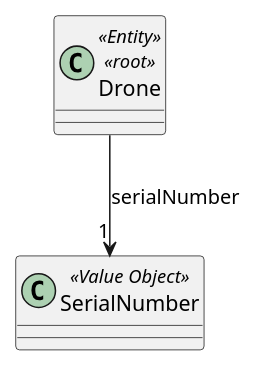
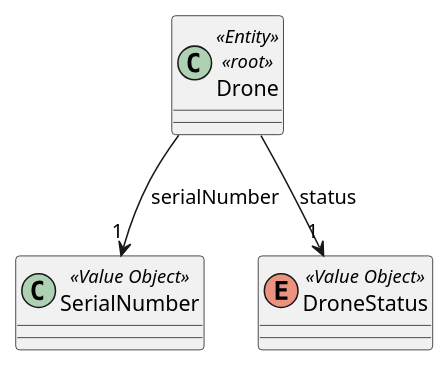
Before and after one commit to diogoveirospro/sem4pi-2024-2025-sem4pi_2024_2025_g44: the diagram in docs/SPRINT_2/US241/puml/domain_model_us241.puml, drawn with PlantUML. The commit also changed 7 other files, not shown here.

```diff
--- a/docs/SPRINT_2/US241/puml/domain_model_us241.puml
+++ b/docs/SPRINT_2/US241/puml/domain_model_us241.puml
@@ -1,13 +1,19 @@
 @startuml
 'https://plantuml.com/sequence-diagram
 
 
   class Drone <<Entity>> <<root>>{
     }
 
     class SerialNumber <<Value Object>>{
     }
 
+    enum DroneStatus <<Value Object>>{
+
+        }
+
     'Drone -> x
     Drone --> "1" SerialNumber: serialNumber
+    Drone --> "1" DroneStatus: status
+
 @enduml
```
